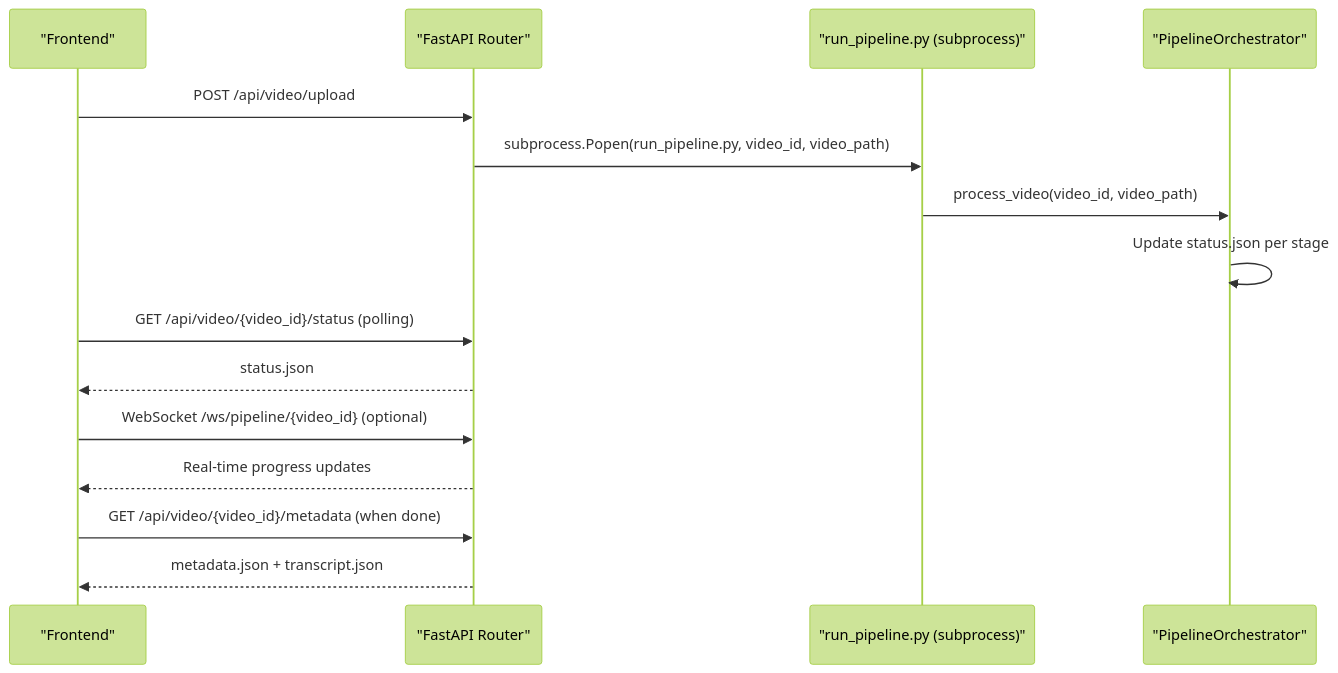
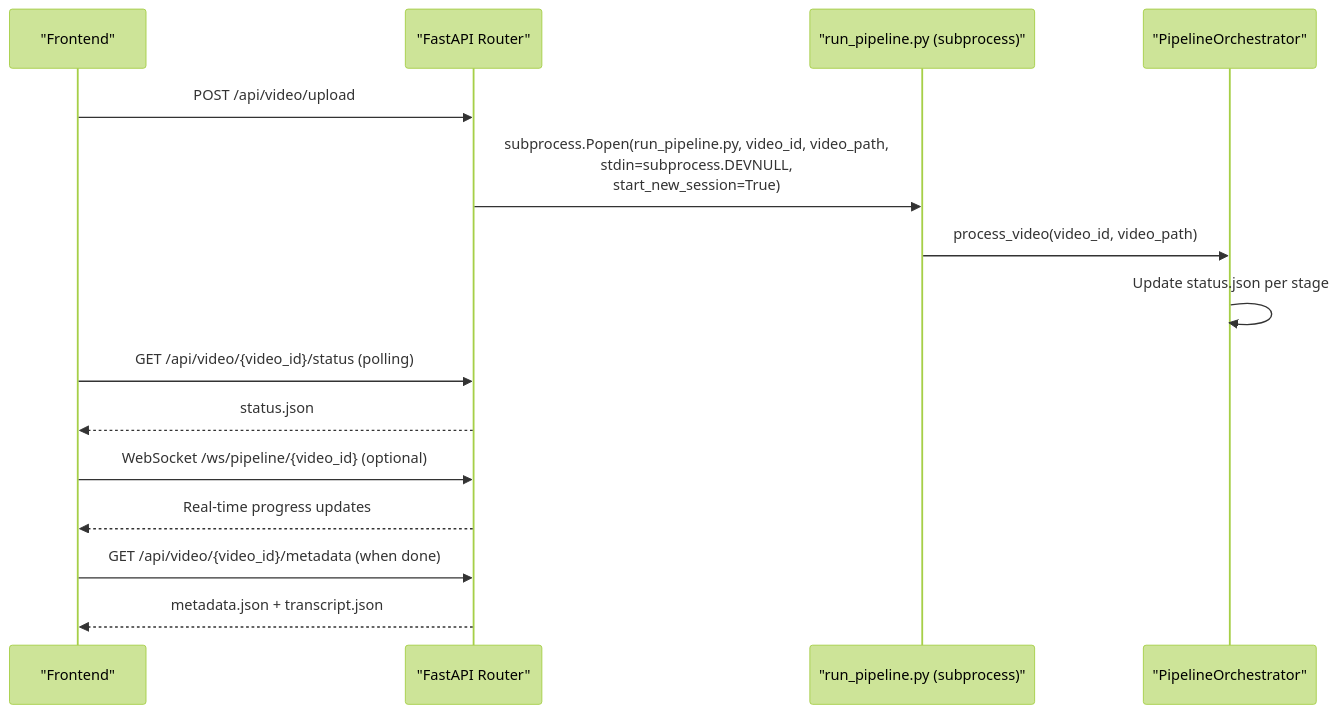
One commit to alexandreybasta-cyber/dubai-media-ai changed the fourth of 5 diagrams in .qoder/repowiki/en/content/Media Processing Pipeline/Media Processing Pipeline.md. Above: the diagram before and after it, drawn with Mermaid (forest theme). The commit also changed other lines of this file and 21 other files, not shown here.

````diff
--- a/.qoder/repowiki/en/content/Media Processing Pipeline/Media Processing Pipeline.md
+++ b/.qoder/repowiki/en/content/Media Processing Pipeline/Media Processing Pipeline.md
@@ -370,17 +369,17 @@
 ```mermaid
 sequenceDiagram
 participant FE as "Frontend"
 participant API as "FastAPI Router"
 participant SUBPROC as "run_pipeline.py (subprocess)"
 participant ORCH as "PipelineOrchestrator"
 FE->>API : POST /api/video/upload
-API->>SUBPROC : subprocess.Popen(run_pipeline.py, video_id, video_path)
+API->>SUBPROC : subprocess.Popen(run_pipeline.py, video_id, video_path,<br/>stdin=subprocess.DEVNULL,<br/>start_new_session=True)
 SUBPROC->>ORCH : process_video(video_id, video_path)
 ORCH->>ORCH : Update status.json per stage
 FE->>API : GET /api/video/{video_id}/status (polling)
 API-->>FE : status.json
 FE->>API : WebSocket /ws/pipeline/{video_id} (optional)
 API-->>FE : Real-time progress updates
 FE->>API : GET /api/video/{video_id}/metadata (when done)
 API-->>FE : metadata.json + transcript.json
 ```
````
